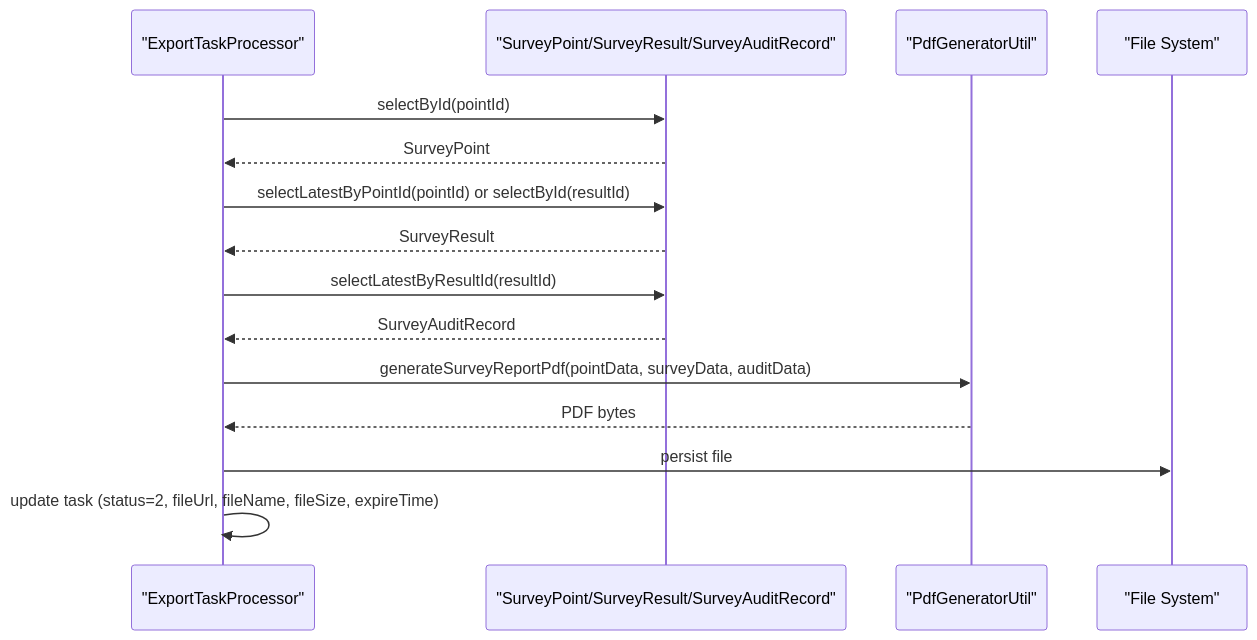
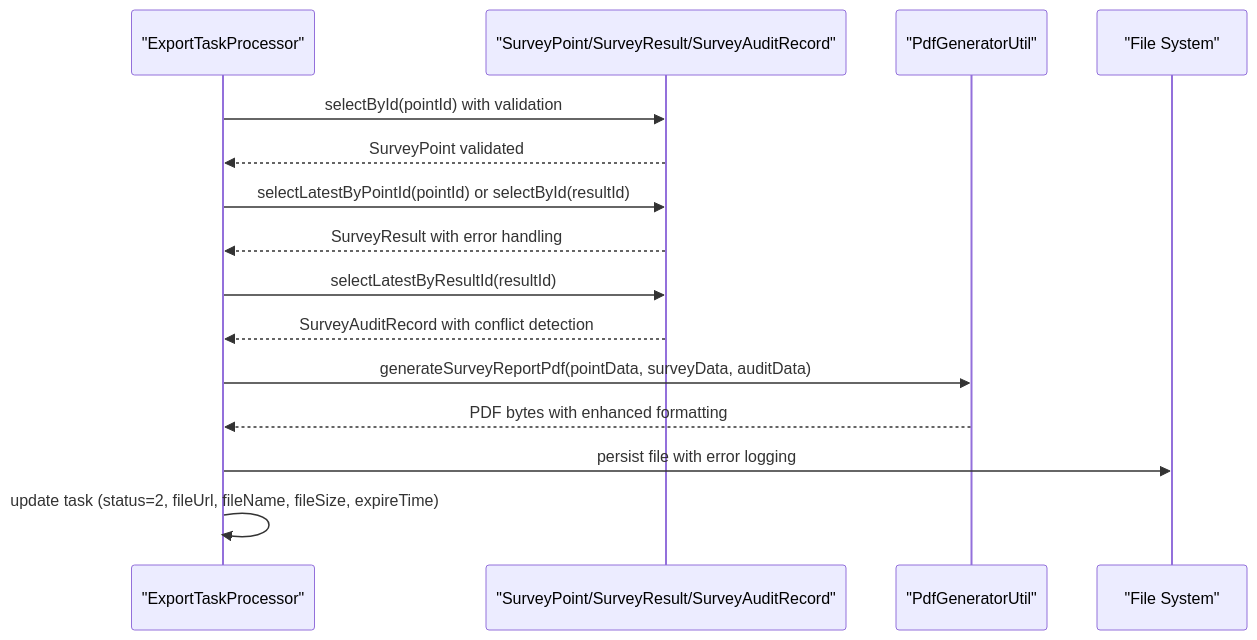
Before and after one commit to bo961386926/Survey-App: the fifth of 10 diagrams in .qoder/repowiki/en/content/Export & Reporting/Export & Reporting.md, drawn with Mermaid. The commit also changed other lines of this file and 25 other files, not shown here.

````diff
--- a/.qoder/repowiki/en/content/Export & Reporting/Export & Reporting.md
+++ b/.qoder/repowiki/en/content/Export & Reporting/Export & Reporting.md
@@ -243,17 +316,17 @@
 ```mermaid
 sequenceDiagram
 participant Proc as "ExportTaskProcessor"
 participant DB as "SurveyPoint/SurveyResult/SurveyAuditRecord"
 participant Util as "PdfGeneratorUtil"
 participant FS as "File System"
-Proc->>DB : selectById(pointId)
-DB-->>Proc : SurveyPoint
+Proc->>DB : selectById(pointId) with validation
+DB-->>Proc : SurveyPoint validated
 Proc->>DB : selectLatestByPointId(pointId) or selectById(resultId)
-DB-->>Proc : SurveyResult
+DB-->>Proc : SurveyResult with error handling
 Proc->>DB : selectLatestByResultId(resultId)
-DB-->>Proc : SurveyAuditRecord
+DB-->>Proc : SurveyAuditRecord with conflict detection
 Proc->>Util : generateSurveyReportPdf(pointData, surveyData, auditData)
-Util-->>Proc : PDF bytes
-Proc->>FS : persist file
+Util-->>Proc : PDF bytes with enhanced formatting
+Proc->>FS : persist file with error logging
 Proc->>Proc : update task (status=2, fileUrl, fileName, fileSize, expireTime)
 ```
````
